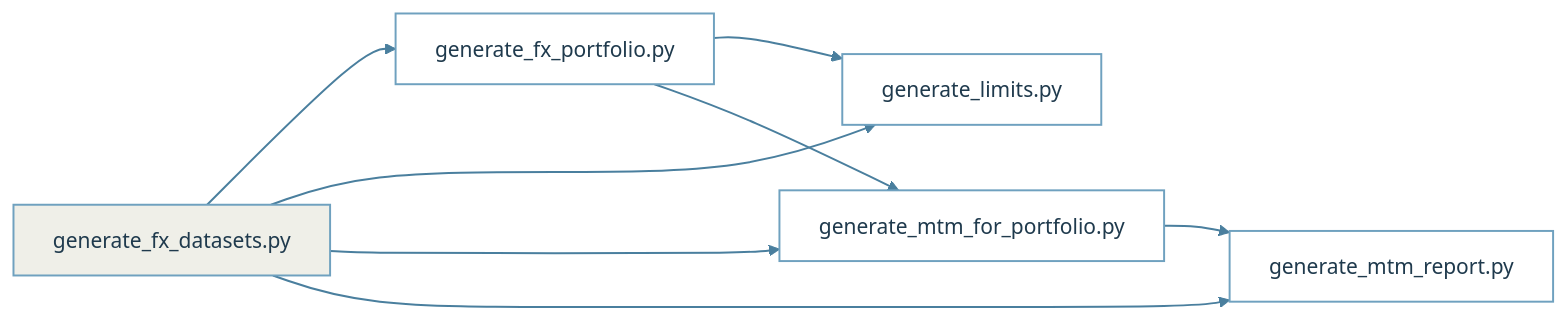
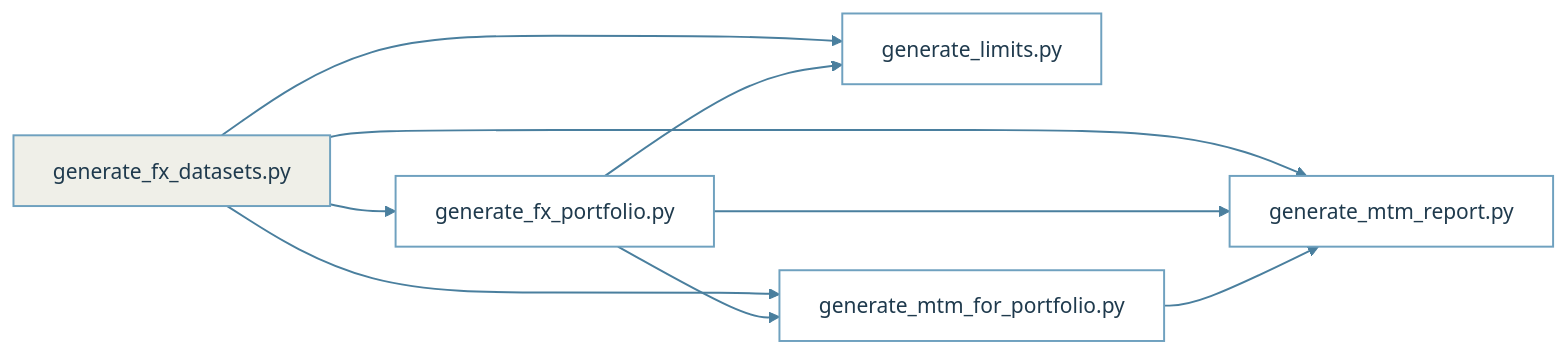
Before and after one commit to sgarciapuga/Work_Portfolio: the second of 3 diagrams in fx-prime-brokerage-collateral/report.qmd, drawn with Mermaid. The commit also changed other lines of this file and 10 other files, not shown here.

````diff
--- a/fx-prime-brokerage-collateral/report.qmd
+++ b/fx-prime-brokerage-collateral/report.qmd
@@ -131,26 +133,27 @@
 ```{mermaid}
-%%| label: fig-pipeline
+%%| label: fig-code-workflow
 %%| fig-cap: "Code Workflow"
 %%| echo: false
 flowchart LR
     A[generate_fx_portfolio.py]
     B[generate_limits.py]
     C[generate_mtm_for_portfolio.py]
     D[generate_mtm_report.py]
     E[generate_fx_datasets.py]
 
     E --> A
     E --> B
     E --> C
     E --> D
 
     A --> B
     A --> C
+    A --> D
     C --> D
 
     classDef ext fill:#EFEFE8,stroke:#6FA1BF,stroke-width:1.5px,color:#1F3A4D
     classDef job fill:#FFFFFF,stroke:#6FA1BF,stroke-width:1.5px,color:#1F3A4D
     class E ext
     class A,B,C,D job
     linkStyle default stroke:#4A7F9E,stroke-width:1.5px
 ```
````
